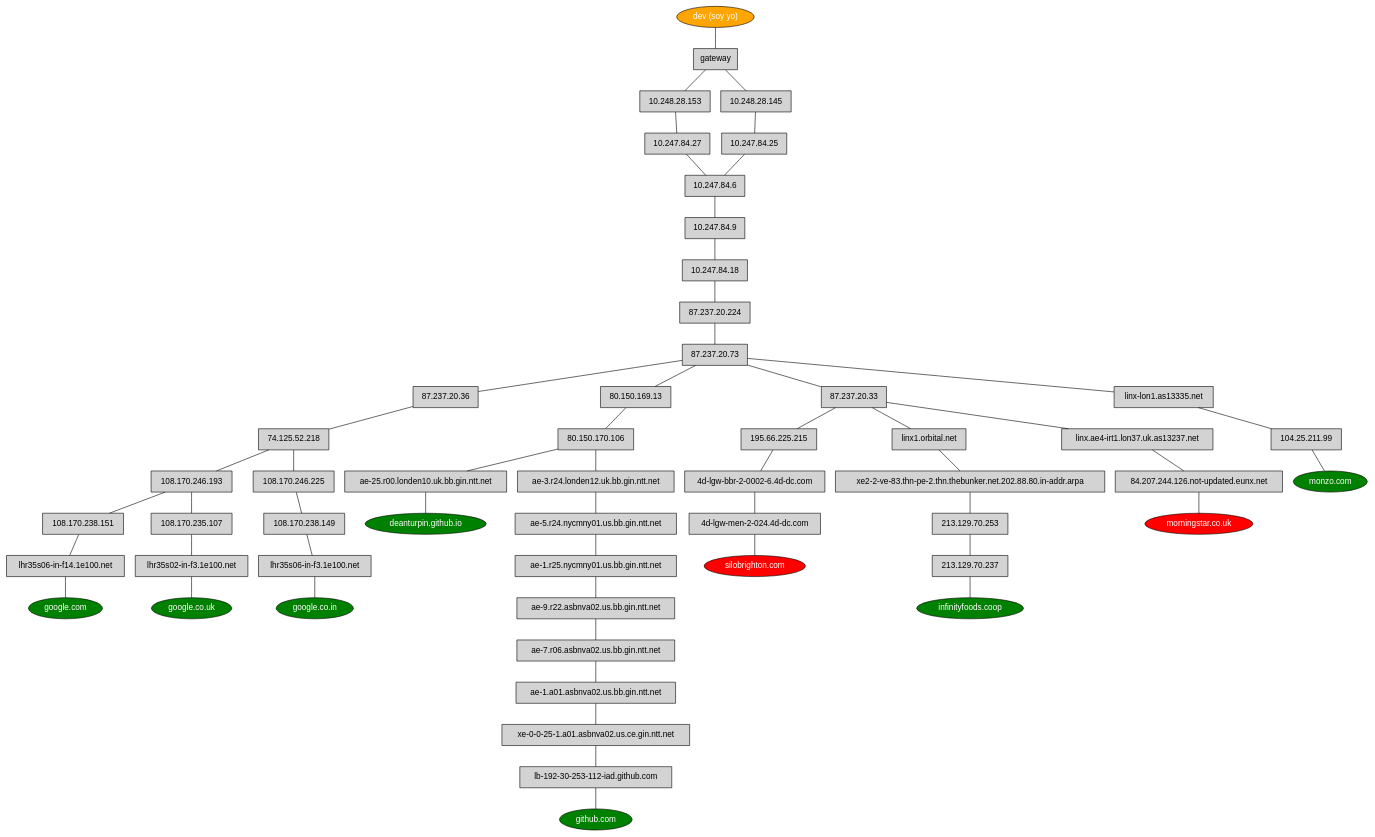
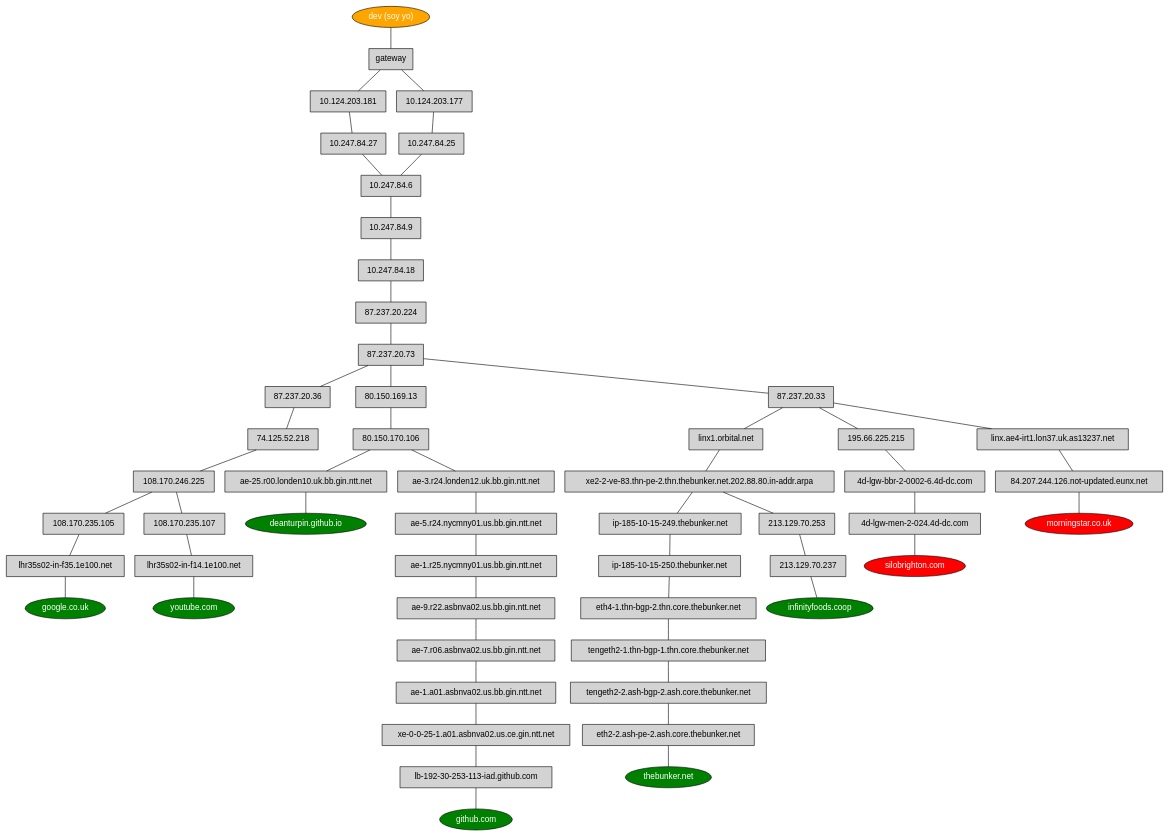
Before and after one commit to deanturpin/hosts2dot: the diagram in example.dot, drawn with Graphviz. The commit also changed 2 other files, not shown here.

```diff
--- a/example.dot
+++ b/example.dot
@@ -1,24 +1,22 @@
 strict graph {
 
   node [shape=rectangle style=filled fontname=helvetica]
   "soy yo" [label="dev (soy yo)" fillcolor=orange shape=oval fontcolor=white]
 
-  "google.com" [fillcolor=green shape=oval fontcolor=white]
   "google.co.uk" [fillcolor=green shape=oval fontcolor=white]
-  "google.co.in" [fillcolor=green shape=oval fontcolor=white]
+  "youtube.com" [fillcolor=green shape=oval fontcolor=white]
   "deanturpin.github.io" [fillcolor=green shape=oval fontcolor=white]
   "github.com" [fillcolor=green shape=oval fontcolor=white]
+  "thebunker.net" [fillcolor=green shape=oval fontcolor=white]
   "silobrighton.com" [fillcolor=red shape=oval fontcolor=white]
-  "monzo.com" [fillcolor=green shape=oval fontcolor=white]
   "infinityfoods.coop" [fillcolor=green shape=oval fontcolor=white]
   "morningstar.co.uk" [fillcolor=red shape=oval fontcolor=white]
-  "soy yo"--"gateway"--"10.248.28.153"--"10.247.84.27"--"10.247.84.6"--"10.247.84.9"--"10.247.84.18"--"87.237.20.224"--"87.237.20.73"--"87.237.20.36"--"74.125.52.218"--"108.170.246.193"--"108.170.238.151"--"lhr35s06-in-f14.1e100.net"--"google.com"
-  "soy yo"--"gateway"--"10.248.28.153"--"10.247.84.27"--"10.247.84.6"--"10.247.84.9"--"10.247.84.18"--"87.237.20.224"--"87.237.20.73"--"87.237.20.36"--"74.125.52.218"--"108.170.246.193"--"108.170.235.107"--"lhr35s02-in-f3.1e100.net"--"google.co.uk"
-  "soy yo"--"gateway"--"10.248.28.145"--"10.247.84.25"--"10.247.84.6"--"10.247.84.9"--"10.247.84.18"--"87.237.20.224"--"87.237.20.73"--"87.237.20.36"--"74.125.52.218"--"108.170.246.225"--"108.170.238.149"--"lhr35s06-in-f3.1e100.net"--"google.co.in"
-  "soy yo"--"gateway"--"10.248.28.153"--"10.247.84.27"--"10.247.84.6"--"10.247.84.9"--"10.247.84.18"--"87.237.20.224"--"87.237.20.73"--"80.150.169.13"--"80.150.170.106"--"ae-25.r00.londen10.uk.bb.gin.ntt.net"--"deanturpin.github.io"
-  "soy yo"--"gateway"--"10.248.28.145"--"10.247.84.25"--"10.247.84.6"--"10.247.84.9"--"10.247.84.18"--"87.237.20.224"--"87.237.20.73"--"80.150.169.13"--"80.150.170.106"--"ae-3.r24.londen12.uk.bb.gin.ntt.net"--"ae-5.r24.nycmny01.us.bb.gin.ntt.net"--"ae-1.r25.nycmny01.us.bb.gin.ntt.net"--"ae-9.r22.asbnva02.us.bb.gin.ntt.net"--"ae-7.r06.asbnva02.us.bb.gin.ntt.net"--"ae-1.a01.asbnva02.us.bb.gin.ntt.net"--"xe-0-0-25-1.a01.asbnva02.us.ce.gin.ntt.net"--"lb-192-30-253-112-iad.github.com"--"github.com"
-  "soy yo"--"gateway"--"10.248.28.145"--"10.247.84.25"--"10.247.84.6"--"10.247.84.9"--"10.247.84.18"--"87.237.20.224"--"87.237.20.73"--"87.237.20.33"--"195.66.225.215"--"4d-lgw-bbr-2-0002-6.4d-dc.com"--"4d-lgw-men-2-024.4d-dc.com"--"silobrighton.com"
-  "soy yo"--"gateway"--"10.248.28.153"--"10.247.84.27"--"10.247.84.6"--"10.247.84.9"--"10.247.84.18"--"87.237.20.224"--"87.237.20.73"--"linx-lon1.as13335.net"--"104.25.211.99"--"monzo.com"
-  "soy yo"--"gateway"--"10.248.28.145"--"10.247.84.25"--"10.247.84.6"--"10.247.84.9"--"10.247.84.18"--"87.237.20.224"--"87.237.20.73"--"87.237.20.33"--"linx1.orbital.net"--"xe2-2-ve-83.thn-pe-2.thn.thebunker.net.202.88.80.in-addr.arpa"--"213.129.70.253"--"213.129.70.237"--"infinityfoods.coop"
-  "soy yo"--"gateway"--"10.248.28.153"--"10.247.84.27"--"10.247.84.6"--"10.247.84.9"--"10.247.84.18"--"87.237.20.224"--"87.237.20.73"--"87.237.20.33"--"linx.ae4-irt1.lon37.uk.as13237.net"--"84.207.244.126.not-updated.eunx.net"--"morningstar.co.uk"
+  "soy yo"--"gateway"--"10.124.203.181"--"10.247.84.27"--"10.247.84.6"--"10.247.84.9"--"10.247.84.18"--"87.237.20.224"--"87.237.20.73"--"87.237.20.36"--"74.125.52.218"--"108.170.246.225"--"108.170.235.105"--"lhr35s02-in-f35.1e100.net"--"google.co.uk"
+  "soy yo"--"gateway"--"10.124.203.177"--"10.247.84.25"--"10.247.84.6"--"10.247.84.9"--"10.247.84.18"--"87.237.20.224"--"87.237.20.73"--"87.237.20.36"--"74.125.52.218"--"108.170.246.225"--"108.170.235.107"--"lhr35s02-in-f14.1e100.net"--"youtube.com"
+  "soy yo"--"gateway"--"10.124.203.181"--"10.247.84.27"--"10.247.84.6"--"10.247.84.9"--"10.247.84.18"--"87.237.20.224"--"87.237.20.73"--"80.150.169.13"--"80.150.170.106"--"ae-25.r00.londen10.uk.bb.gin.ntt.net"--"deanturpin.github.io"
+  "soy yo"--"gateway"--"10.124.203.181"--"10.247.84.27"--"10.247.84.6"--"10.247.84.9"--"10.247.84.18"--"87.237.20.224"--"87.237.20.73"--"80.150.169.13"--"80.150.170.106"--"ae-3.r24.londen12.uk.bb.gin.ntt.net"--"ae-5.r24.nycmny01.us.bb.gin.ntt.net"--"ae-1.r25.nycmny01.us.bb.gin.ntt.net"--"ae-9.r22.asbnva02.us.bb.gin.ntt.net"--"ae-7.r06.asbnva02.us.bb.gin.ntt.net"--"ae-1.a01.asbnva02.us.bb.gin.ntt.net"--"xe-0-0-25-1.a01.asbnva02.us.ce.gin.ntt.net"--"lb-192-30-253-113-iad.github.com"--"github.com"
+  "soy yo"--"gateway"--"10.124.203.177"--"10.247.84.25"--"10.247.84.6"--"10.247.84.9"--"10.247.84.18"--"87.237.20.224"--"87.237.20.73"--"87.237.20.33"--"linx1.orbital.net"--"xe2-2-ve-83.thn-pe-2.thn.thebunker.net.202.88.80.in-addr.arpa"--"ip-185-10-15-249.thebunker.net"--"ip-185-10-15-250.thebunker.net"--"eth4-1.thn-bgp-2.thn.core.thebunker.net"--"tengeth2-1.thn-bgp-1.thn.core.thebunker.net"--"tengeth2-2.ash-bgp-2.ash.core.thebunker.net"--"eth2-2.ash-pe-2.ash.core.thebunker.net"--"thebunker.net"
+  "soy yo"--"gateway"--"10.124.203.177"--"10.247.84.25"--"10.247.84.6"--"10.247.84.9"--"10.247.84.18"--"87.237.20.224"--"87.237.20.73"--"87.237.20.33"--"195.66.225.215"--"4d-lgw-bbr-2-0002-6.4d-dc.com"--"4d-lgw-men-2-024.4d-dc.com"--"silobrighton.com"
+  "soy yo"--"gateway"--"10.124.203.177"--"10.247.84.25"--"10.247.84.6"--"10.247.84.9"--"10.247.84.18"--"87.237.20.224"--"87.237.20.73"--"87.237.20.33"--"linx1.orbital.net"--"xe2-2-ve-83.thn-pe-2.thn.thebunker.net.202.88.80.in-addr.arpa"--"213.129.70.253"--"213.129.70.237"--"infinityfoods.coop"
+  "soy yo"--"gateway"--"10.124.203.181"--"10.247.84.27"--"10.247.84.6"--"10.247.84.9"--"10.247.84.18"--"87.237.20.224"--"87.237.20.73"--"87.237.20.33"--"linx.ae4-irt1.lon37.uk.as13237.net"--"84.207.244.126.not-updated.eunx.net"--"morningstar.co.uk"
 }
```
